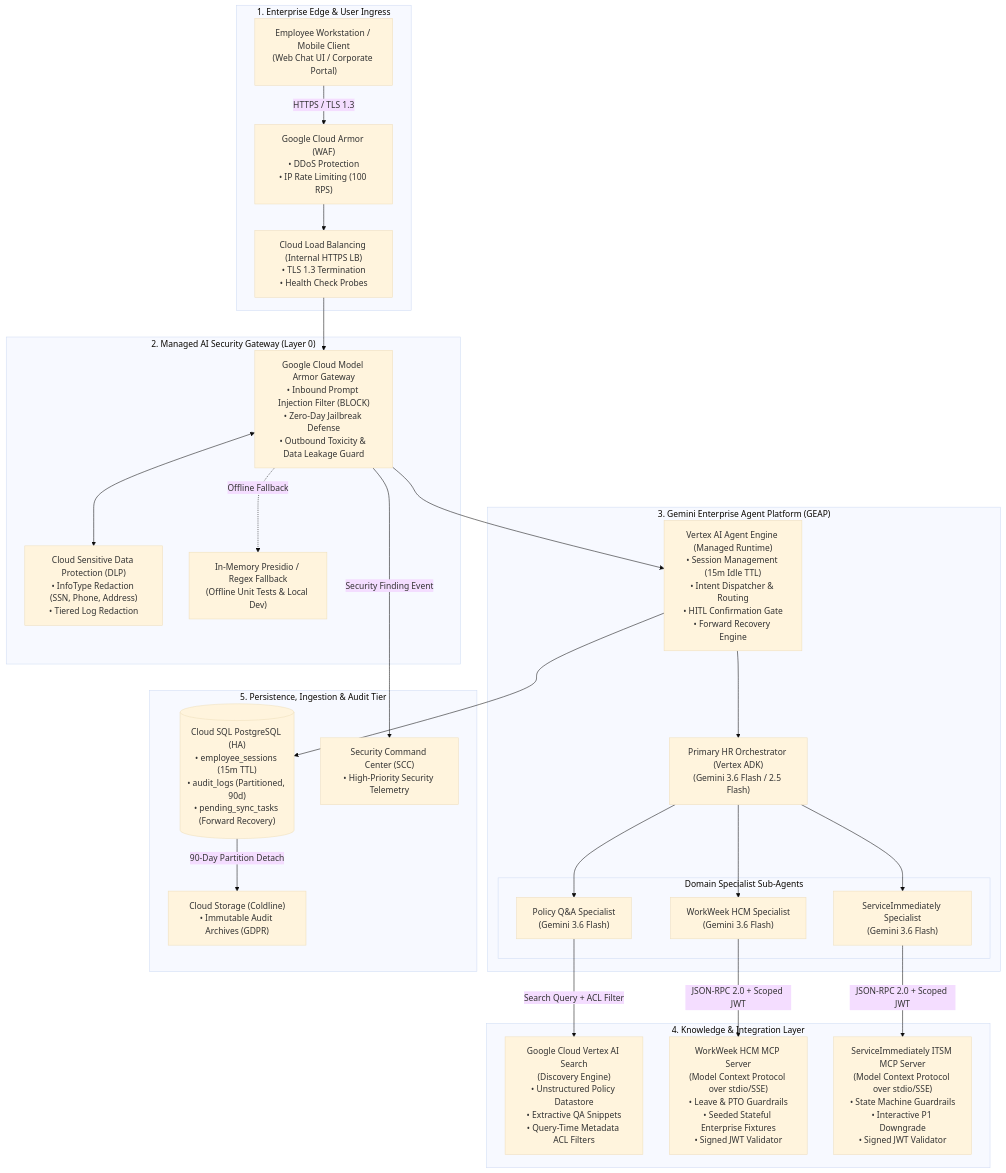
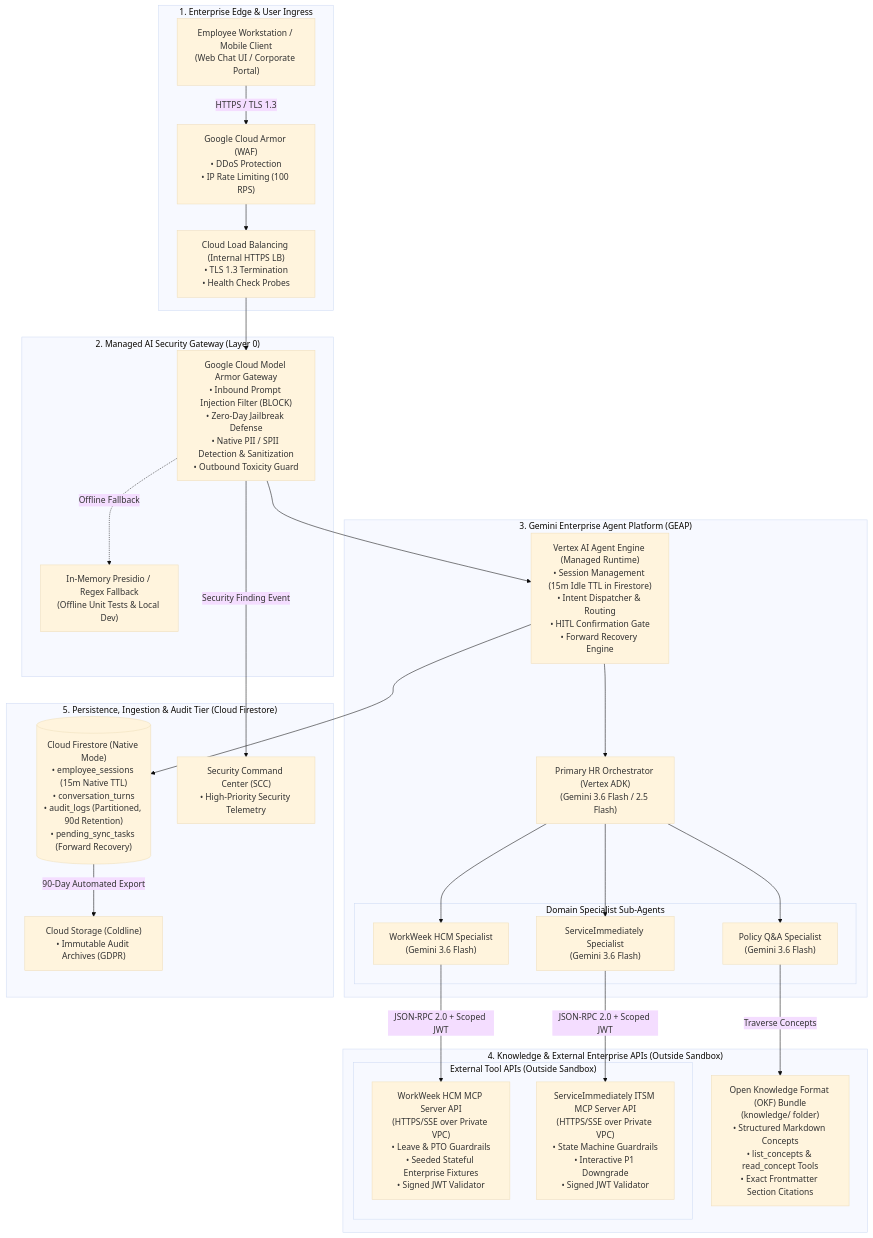
One commit to hhosur81-gcloud/so-elevated changed the first of 13 diagrams in technical_design/system_architecture_diagrams.md. Above: the diagram before and after it, drawn with Mermaid (base theme). The commit also changed other lines of this file and 4 other files, not shown here.

Commit message:
refactor(technical_design): align TDD with external MCP APIs, OKF retrieval, Model Armor PII, and Firestore persistence

````diff
--- a/technical_design/system_architecture_diagrams.md
+++ b/technical_design/system_architecture_diagrams.md
@@ -34,63 +36,63 @@
 ```mermaid
 flowchart TB
     subgraph EnterprisePerimeter["1. Enterprise Edge & User Ingress"]
         UserClient["Employee Workstation / Mobile Client<br>(Web Chat UI / Corporate Portal)"]
         CloudArmor["Google Cloud Armor (WAF)<br>• DDoS Protection<br>• IP Rate Limiting (100 RPS)"]
         CloudLB["Cloud Load Balancing (Internal HTTPS LB)<br>• TLS 1.3 Termination<br>• Health Check Probes"]
         
         UserClient -->|"HTTPS / TLS 1.3"| CloudArmor
         CloudArmor --> CloudLB
     end
 
     subgraph SecurityPerimeter["2. Managed AI Security Gateway (Layer 0)"]
-        ModelArmor["Google Cloud Model Armor Gateway<br>• Inbound Prompt Injection Filter (BLOCK)<br>• Zero-Day Jailbreak Defense<br>• Outbound Toxicity & Data Leakage Guard"]
-        DLPFilter["Cloud Sensitive Data Protection (DLP)<br>• InfoType Redaction (SSN, Phone, Address)<br>• Tiered Log Redaction"]
+        ModelArmor["Google Cloud Model Armor Gateway<br>• Inbound Prompt Injection Filter (BLOCK)<br>• Zero-Day Jailbreak Defense<br>• Native PII / SPII Detection & Sanitization<br>• Outbound Toxicity Guard"]
         LocalPresidio["In-Memory Presidio / Regex Fallback<br>(Offline Unit Tests & Local Dev)"]
         
         CloudLB --> ModelArmor
-        ModelArmor <--> DLPFilter
         ModelArmor -.->|Offline Fallback| LocalPresidio
     end
 
-    subgraph AgentRuntime["3. Gemini Enterprise Agent Platform (GEAP)"]
-        AgentEngine["Vertex AI Agent Engine (Managed Runtime)<br>• Session Management (15m Idle TTL)<br>• Intent Dispatcher & Routing<br>• HITL Confirmation Gate<br>• Forward Recovery Engine"]
+    subgraph AgentPlatform["3. Gemini Enterprise Agent Platform (GEAP)"]
+        AgentEngine["Vertex AI Agent Engine (Managed Runtime)<br>• Session Management (15m Idle TTL in Firestore)<br>• Intent Dispatcher & Routing<br>• HITL Confirmation Gate<br>• Forward Recovery Engine"]
         
         PrimaryOrch["Primary HR Orchestrator (Vertex ADK)<br>(Gemini 3.6 Flash / 2.5 Flash)"]
         
         subgraph DomainSpecialists["Domain Specialist Sub-Agents"]
             PolicySpecialist["Policy Q&A Specialist<br>(Gemini 3.6 Flash)"]
             WorkWeekSpecialist["WorkWeek HCM Specialist<br>(Gemini 3.6 Flash)"]
             ITSMSpecialist["ServiceImmediately Specialist<br>(Gemini 3.6 Flash)"]
         end
         
         ModelArmor --> AgentEngine
         AgentEngine --> PrimaryOrch
         PrimaryOrch --> PolicySpecialist
         PrimaryOrch --> WorkWeekSpecialist
         PrimaryOrch --> ITSMSpecialist
     end
 
-    subgraph KnowledgeAndIntegration["4. Knowledge & Integration Layer"]
-        VertexSearch["Google Cloud Vertex AI Search<br>(Discovery Engine)<br>• Unstructured Policy Datastore<br>• Extractive QA Snippets<br>• Query-Time Metadata ACL Filters"]
+    subgraph KnowledgeAndIntegration["4. Knowledge & External Enterprise APIs (Outside Sandbox)"]
+        OKFBundle["Open Knowledge Format (OKF) Bundle<br>(knowledge/ folder)<br>• Structured Markdown Concepts<br>• list_concepts & read_concept Tools<br>• Exact Frontmatter Section Citations"]
         
-        WW_MCP["WorkWeek HCM MCP Server<br>(Model Context Protocol over stdio/SSE)<br>• Leave & PTO Guardrails<br>• Seeded Stateful Enterprise Fixtures<br>• Signed JWT Validator"]
+        subgraph ExternalMCPServices["External Tool APIs (Outside Sandbox)"]
+            WW_MCP["WorkWeek HCM MCP Server API<br>(HTTPS/SSE over Private VPC)<br>• Leave & PTO Guardrails<br>• Seeded Stateful Enterprise Fixtures<br>• Signed JWT Validator"]
+            
+            SI_MCP["ServiceImmediately ITSM MCP Server API<br>(HTTPS/SSE over Private VPC)<br>• State Machine Guardrails<br>• Interactive P1 Downgrade<br>• Signed JWT Validator"]
+        end
         
-        SI_MCP["ServiceImmediately ITSM MCP Server<br>(Model Context Protocol over stdio/SSE)<br>• State Machine Guardrails<br>• Interactive P1 Downgrade<br>• Signed JWT Validator"]
-        
-        PolicySpecialist -->|"Search Query + ACL Filter"| VertexSearch
+        PolicySpecialist -->|"Traverse Concepts"| OKFBundle
         WorkWeekSpecialist -->|"JSON-RPC 2.0 + Scoped JWT"| WW_MCP
         ITSMSpecialist -->|"JSON-RPC 2.0 + Scoped JWT"| SI_MCP
     end
 
-    subgraph PersistenceAndAuditing["5. Persistence, Ingestion & Audit Tier"]
-        CloudSQL[("Cloud SQL PostgreSQL (HA)<br>• employee_sessions (15m TTL)<br>• audit_logs (Partitioned, 90d)<br>• pending_sync_tasks (Forward Recovery)")]
+    subgraph PersistenceAndAuditing["5. Persistence, Ingestion & Audit Tier (Cloud Firestore)"]
+        Firestore[("Cloud Firestore (Native Mode)<br>• employee_sessions (15m Native TTL)<br>• conversation_turns<br>• audit_logs (Partitioned, 90d Retention)<br>• pending_sync_tasks (Forward Recovery)")]
         
         ColdlineGCS["Cloud Storage (Coldline)<br>• Immutable Audit Archives (GDPR)"]
         
         SCC["Security Command Center (SCC)<br>• High-Priority Security Telemetry"]
         
-        AgentEngine --> CloudSQL
-        CloudSQL -->|"90-Day Partition Detach"| ColdlineGCS
+        AgentEngine --> Firestore
+        Firestore -->|"90-Day Automated Export"| ColdlineGCS
         ModelArmor -->|"Security Finding Event"| SCC
     end
 ```
````
